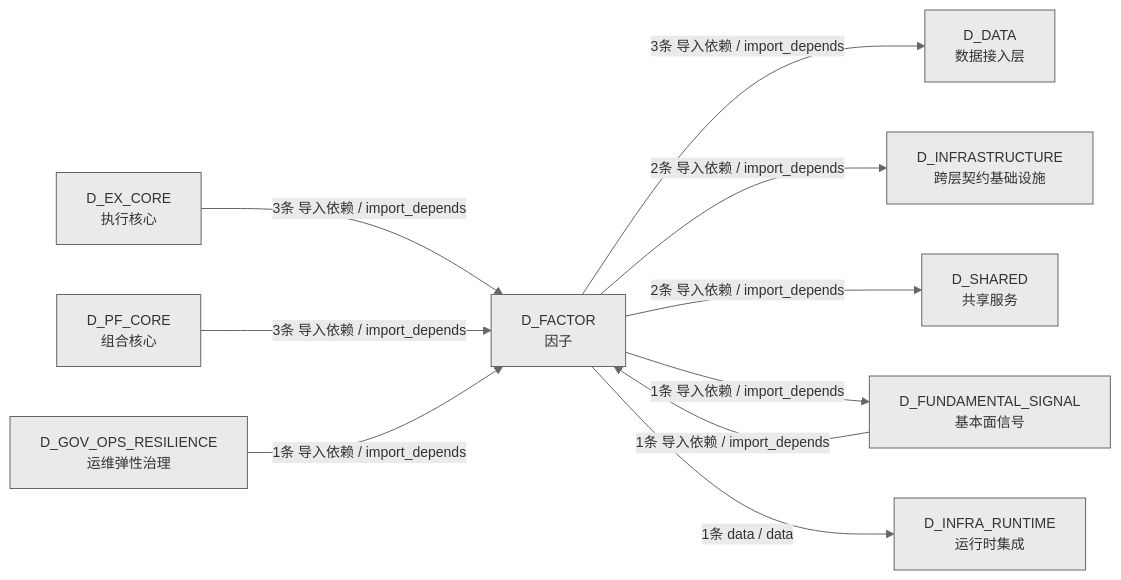
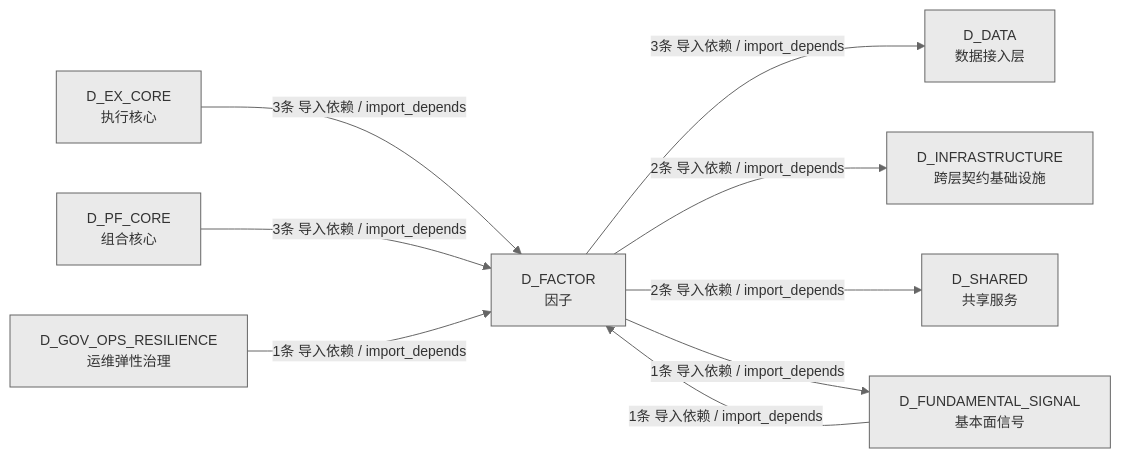
Before and after one commit to xuanFelixVan/ZephyrAlpha: the third of 3 diagrams in docs/02_enterprise_architecture/02_domain_architecture_docs/46_d_factor.md, drawn with Mermaid. The commit also changed other lines of this file and 62 other files, not shown here.

````diff
--- a/docs/02_enterprise_architecture/02_domain_architecture_docs/46_d_factor.md
+++ b/docs/02_enterprise_architecture/02_domain_architecture_docs/46_d_factor.md
@@ -356,22 +353,20 @@
 ```mermaid
 %%{init: {'theme': 'base', 'themeVariables': {'primaryColor': '#eaeaea', 'primaryTextColor': '#333333', 'primaryBorderColor': '#666666', 'lineColor': '#666666', 'secondaryColor': '#eaeaea', 'tertiaryColor': '#eaeaea', 'fontSize': '14px'}}}%%
 graph LR
     D_FACTOR["D_FACTOR<br/>因子"]
     D_DATA["D_DATA<br/>数据接入层"]
     D_INFRASTRUCTURE["D_INFRASTRUCTURE<br/>跨层契约基础设施"]
     D_SHARED["D_SHARED<br/>共享服务"]
     D_FUNDAMENTAL_SIGNAL["D_FUNDAMENTAL_SIGNAL<br/>基本面信号"]
-    D_INFRA_RUNTIME["D_INFRA_RUNTIME<br/>运行时集成"]
     D_EX_CORE["D_EX_CORE<br/>执行核心"]
     D_PF_CORE["D_PF_CORE<br/>组合核心"]
     D_GOV_OPS_RESILIENCE["D_GOV_OPS_RESILIENCE<br/>运维弹性治理"]
     D_FACTOR -->|3条 导入依赖 / import_depends| D_DATA
     D_FACTOR -->|2条 导入依赖 / import_depends| D_INFRASTRUCTURE
     D_FACTOR -->|2条 导入依赖 / import_depends| D_SHARED
     D_FACTOR -->|1条 导入依赖 / import_depends| D_FUNDAMENTAL_SIGNAL
-    D_FACTOR -->|1条 data / data| D_INFRA_RUNTIME
     D_EX_CORE -->|3条 导入依赖 / import_depends| D_FACTOR
     D_PF_CORE -->|3条 导入依赖 / import_depends| D_FACTOR
     D_FUNDAMENTAL_SIGNAL -->|1条 导入依赖 / import_depends| D_FACTOR
     D_GOV_OPS_RESILIENCE -->|1条 导入依赖 / import_depends| D_FACTOR
 ```
````
